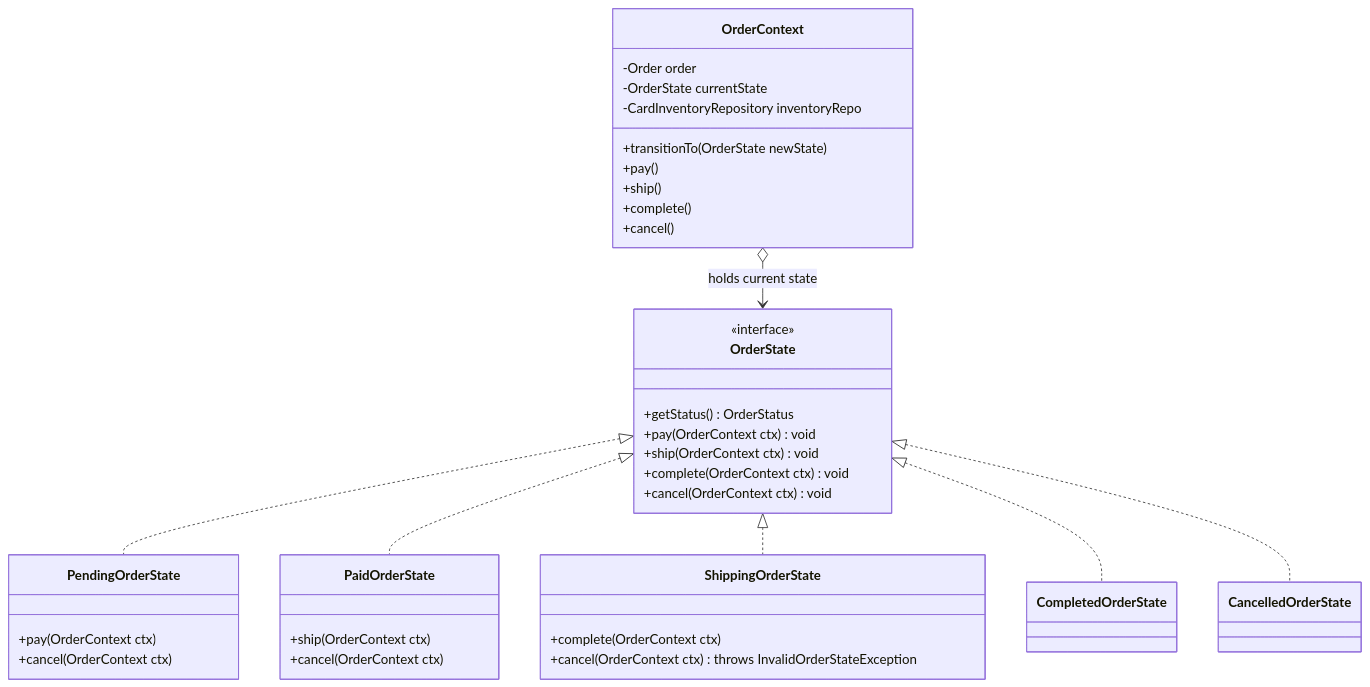
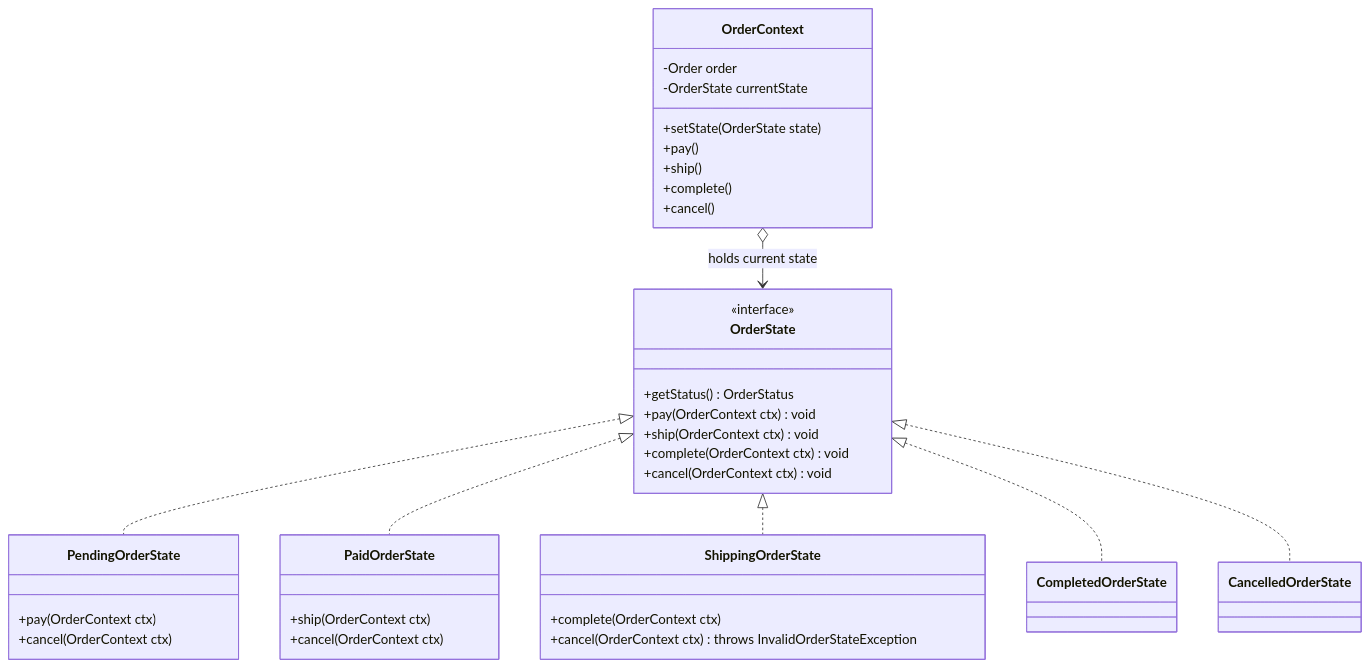
One commit to Bigzzz0/Pok-Vault_Commerce changed the fourth of 5 diagrams in doc/design-patterns.md. Above: the diagram before and after it, drawn with Mermaid. The commit also changed other lines of this file and 246 other files, not shown here.

````diff
--- a/doc/design-patterns.md
+++ b/doc/design-patterns.md
@@ -112,45 +112,44 @@
 ```mermaid
 classDiagram
     direction TB
     class OrderState {
         <<interface>>
         +getStatus() OrderStatus
         +pay(OrderContext ctx) void
         +ship(OrderContext ctx) void
         +complete(OrderContext ctx) void
         +cancel(OrderContext ctx) void
     }
     class PendingOrderState {
         +pay(OrderContext ctx)
         +cancel(OrderContext ctx)
     }
     class PaidOrderState {
         +ship(OrderContext ctx)
         +cancel(OrderContext ctx)
     }
     class ShippingOrderState {
         +complete(OrderContext ctx)
         +cancel(OrderContext ctx) throws InvalidOrderStateException
     }
     class CompletedOrderState {
     }
     class CancelledOrderState {
     }
     class OrderContext {
         -Order order
         -OrderState currentState
-        -CardInventoryRepository inventoryRepo
-        +transitionTo(OrderState newState)
+        +setState(OrderState state)
         +pay()
         +ship()
         +complete()
         +cancel()
     }
 
     OrderState <|.. PendingOrderState
     OrderState <|.. PaidOrderState
     OrderState <|.. ShippingOrderState
     OrderState <|.. CompletedOrderState
     OrderState <|.. CancelledOrderState
     OrderContext o--> OrderState : holds current state
 ```
````
